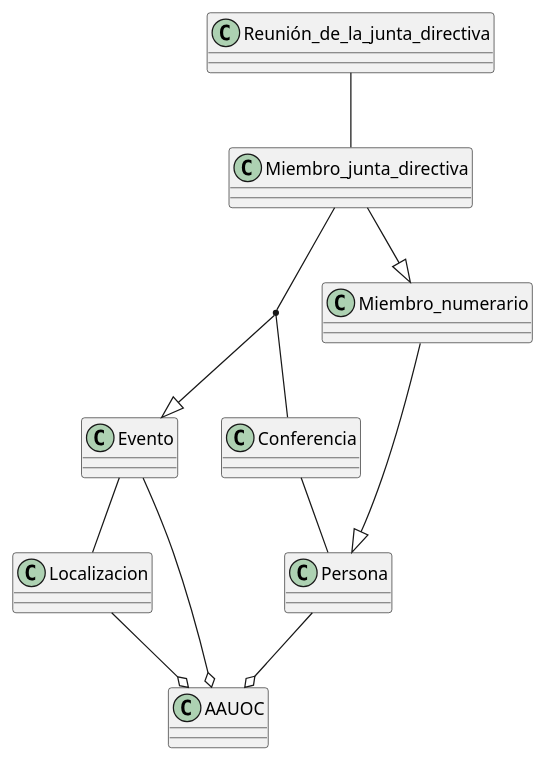
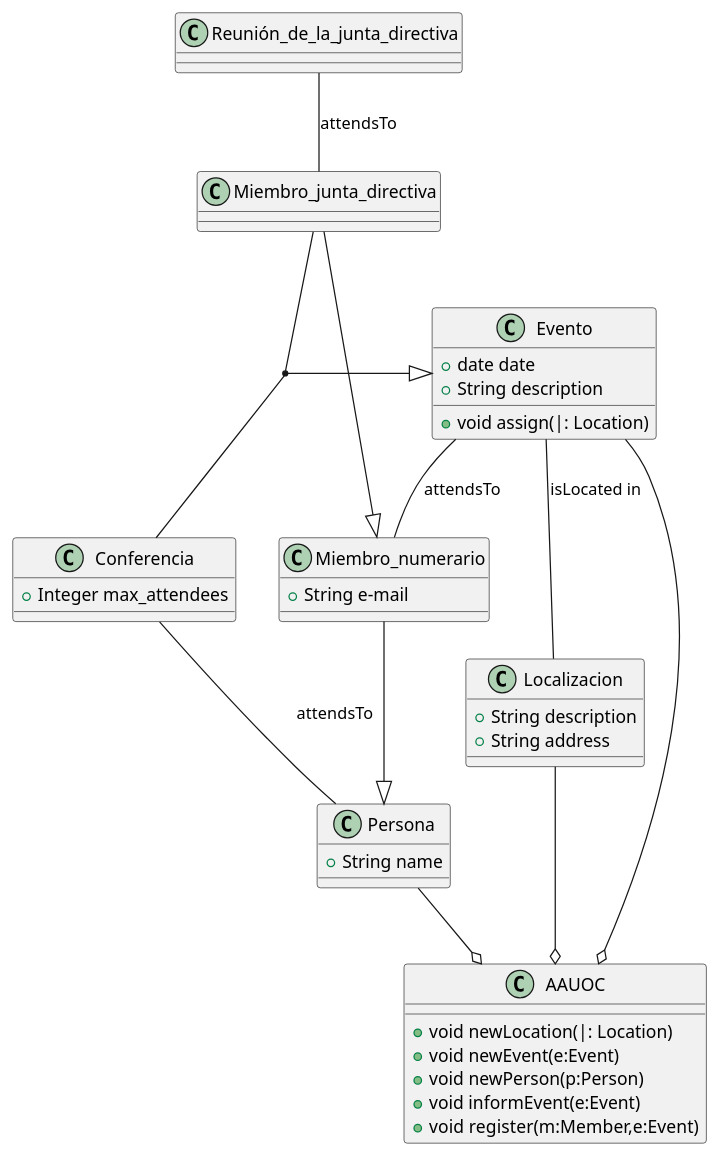
Before and after one commit to sergikarx/UMLClases-SergioAroca: the diagram in src/Asociación de Antiguos Alumnos.puml, drawn with PlantUML. The commit also changed 1 other file, not shown here.

```diff
--- a/src/Asociación de Antiguos Alumnos.puml
+++ b/src/Asociación de Antiguos Alumnos.puml
@@ -1,28 +1,49 @@
 @startuml
 
-class Miembro_numerario
+class Miembro_numerario{
++String e-mail
+}
 
 class Miembro_junta_directiva
 
-class Conferencia
+class Conferencia {
++Integer max_attendees
+}
 
-class Evento
+class Evento {
+ +date date
+ +String description
+ +void assign(|: Location)
+}
 
 class Reunión_de_la_junta_directiva
 
-class Localizacion
+class Localizacion {
+ +String description
+ +String address
+}
 
-class Persona
+class Persona{
++String name
+}
 
-class AAUOC
+class AAUOC{
+    +void newLocation(|: Location)
+    +void newEvent(e:Event)
+    +void newPerson(p:Person)
+    +void informEvent(e:Event)
+    +void register(m:Member,e:Event)
+}
 Miembro_numerario--|>Persona
 Miembro_junta_directiva--|>Miembro_numerario
 (Miembro_junta_directiva, Conferencia) --|> Evento
+Evento -- Miembro_numerario :attendsTo
+
 Evento --o AAUOC
-Evento -- Localizacion
+Evento -- Localizacion :isLocated in
 Localizacion --o AAUOC
 Persona --o AAUOC
-Reunión_de_la_junta_directiva -- Miembro_junta_directiva
-Conferencia -- Persona
+Reunión_de_la_junta_directiva -- Miembro_junta_directiva :attendsTo
+Conferencia -- Persona :attendsTo
 
 @enduml
```
